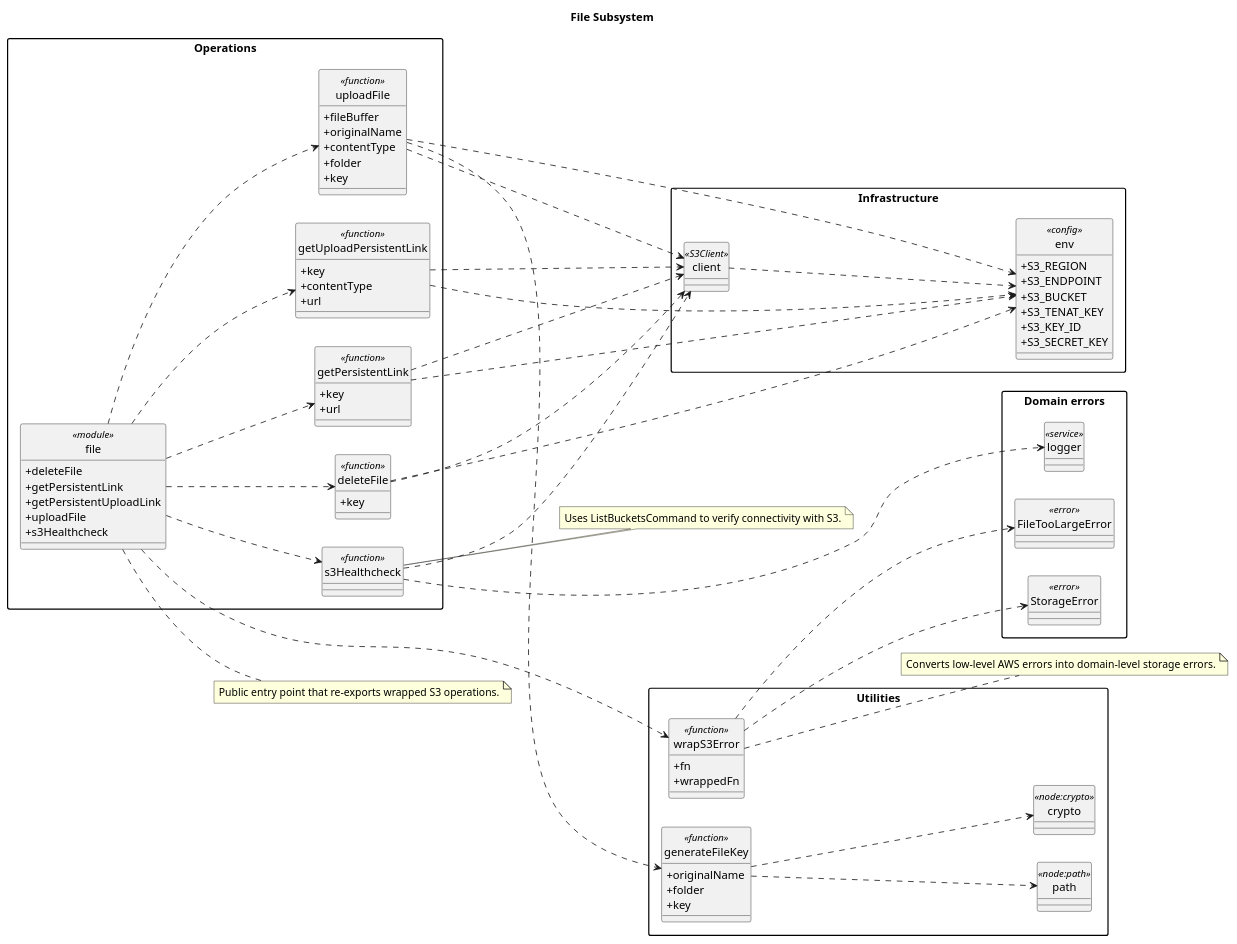
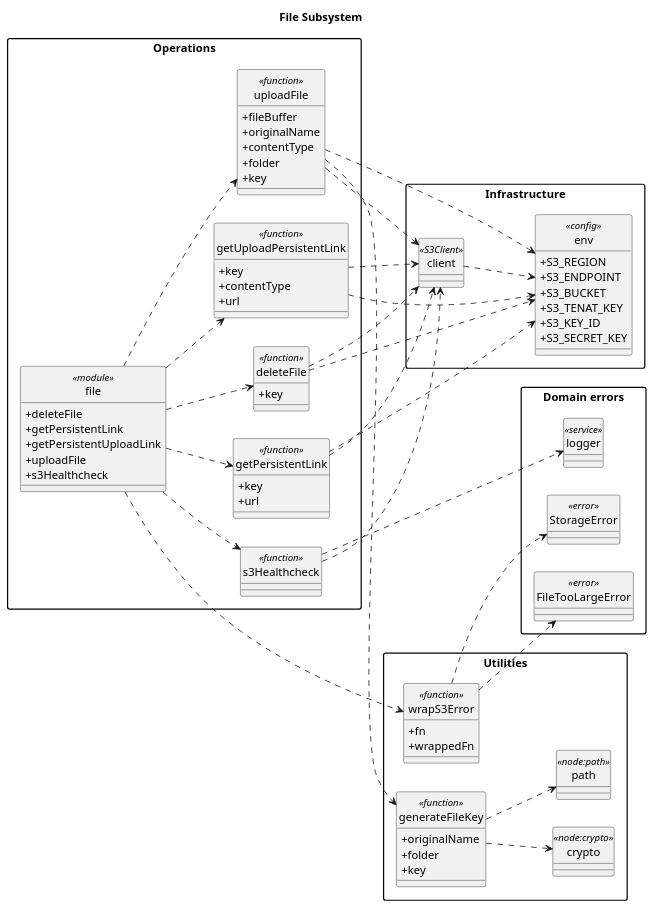
Before and after one commit to nifle3/diplom_work: the diagram in docs/classDIagram/05_file_subsystem.puml, drawn with PlantUML. The commit also changed 6 other files, not shown here.

Commit message:
update class diagramm

```diff
--- a/docs/classDIagram/05_file_subsystem.puml
+++ b/docs/classDIagram/05_file_subsystem.puml
@@ -1,127 +1,115 @@
 @startuml
 left to right direction
 skinparam classAttributeIconSize 0
 skinparam packageStyle rectangle
 hide circle
 
 title File Subsystem
 
 package "Infrastructure" {
   class env <<config>> {
     +S3_REGION
     +S3_ENDPOINT
     +S3_BUCKET
     +S3_TENAT_KEY
     +S3_KEY_ID
     +S3_SECRET_KEY
   }
 
   class client <<S3Client>> {
   }
 }
 
 package "Utilities" {
   class crypto <<node:crypto>> {
   }
 
   class path <<node:path>> {
   }
 
   class generateFileKey <<function>> {
     +originalName
     +folder
     +key
   }
 
   class wrapS3Error <<function>> {
     +fn
     +wrappedFn
   }
 }
 
 package "Operations" {
   class uploadFile <<function>> {
     +fileBuffer
     +originalName
     +contentType
     +folder
     +key
   }
 
   class deleteFile <<function>> {
     +key
   }
 
   class getPersistentLink <<function>> {
     +key
     +url
   }
 
   class getUploadPersistentLink <<function>> {
     +key
     +contentType
     +url
   }
 
   class s3Healthcheck <<function>> {
   }
 
   class file <<module>> {
     +deleteFile
     +getPersistentLink
     +getPersistentUploadLink
     +uploadFile
     +s3Healthcheck
   }
 }
 
 package "Domain errors" {
   class StorageError <<error>> {
   }
 
   class FileTooLargeError <<error>> {
   }
 
   class logger <<service>> {
   }
 }
 
 client ..> env
 generateFileKey ..> crypto
 generateFileKey ..> path
 
 uploadFile ..> client
 uploadFile ..> env
 uploadFile ..> generateFileKey
 deleteFile ..> client
 deleteFile ..> env
 getPersistentLink ..> client
 getPersistentLink ..> env
 getUploadPersistentLink ..> client
 getUploadPersistentLink ..> env
 s3Healthcheck ..> client
 s3Healthcheck ..> logger
 
 file ..> wrapS3Error
 file ..> uploadFile
 file ..> deleteFile
 file ..> getPersistentLink
 file ..> getUploadPersistentLink
 file ..> s3Healthcheck
 
 wrapS3Error ..> StorageError
 wrapS3Error ..> FileTooLargeError
 
-note right of file
-  Public entry point that re-exports wrapped S3 operations.
-end note
-
-note right of wrapS3Error
-  Converts low-level AWS errors into domain-level storage errors.
-end note
-
-note right of s3Healthcheck
-  Uses ListBucketsCommand to verify connectivity with S3.
-end note
-
 @enduml
```
